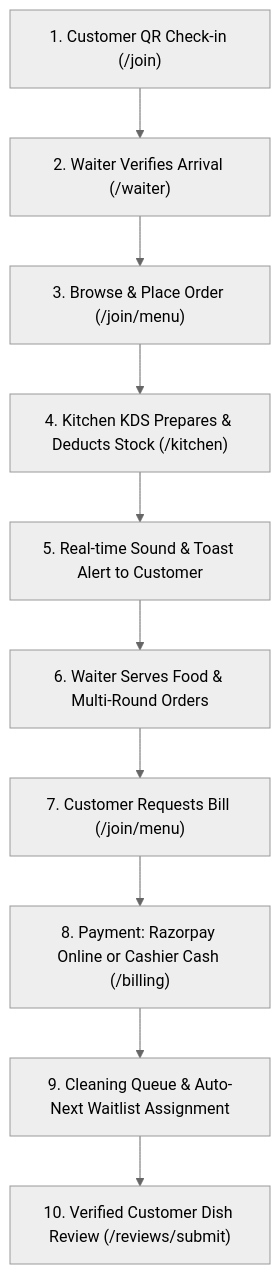
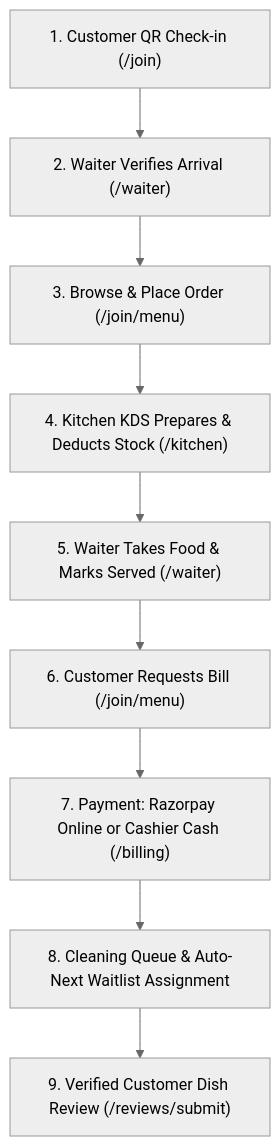
Before and after one commit to apexvoidd/resman: the diagram in README.md, drawn with Mermaid (neutral theme). The commit also changed other lines of this file, not shown here.

Commit message:
docs: update workflow steps, AI capabilities notice, split bill SMS status, and clean changes section

````diff
--- a/README.md
+++ b/README.md
@@ -52,12 +52,11 @@
 ```mermaid
 flowchart TD
     S1["1. Customer QR Check-in (/join)"] --> S2["2. Waiter Verifies Arrival (/waiter)"]
     S2 --> S3["3. Browse & Place Order (/join/menu)"]
     S3 --> S4["4. Kitchen KDS Prepares & Deducts Stock (/kitchen)"]
-    S4 --> S5["5. Real-time Sound & Toast Alert to Customer"]
-    S5 --> S6["6. Waiter Serves Food & Multi-Round Orders"]
-    S6 --> S7["7. Customer Requests Bill (/join/menu)"]
-    S7 --> S8["8. Payment: Razorpay Online or Cashier Cash (/billing)"]
-    S8 --> S9["9. Cleaning Queue & Auto-Next Waitlist Assignment"]
-    S9 --> S10["10. Verified Customer Dish Review (/reviews/submit)"]
+    S4 --> S5["5. Waiter Takes Food & Marks Served (/waiter)"]
+    S5 --> S6["6. Customer Requests Bill (/join/menu)"]
+    S6 --> S7["7. Payment: Razorpay Online or Cashier Cash (/billing)"]
+    S7 --> S8["8. Cleaning Queue & Auto-Next Waitlist Assignment"]
+    S8 --> S9["9. Verified Customer Dish Review (/reviews/submit)"]
 ```
````
